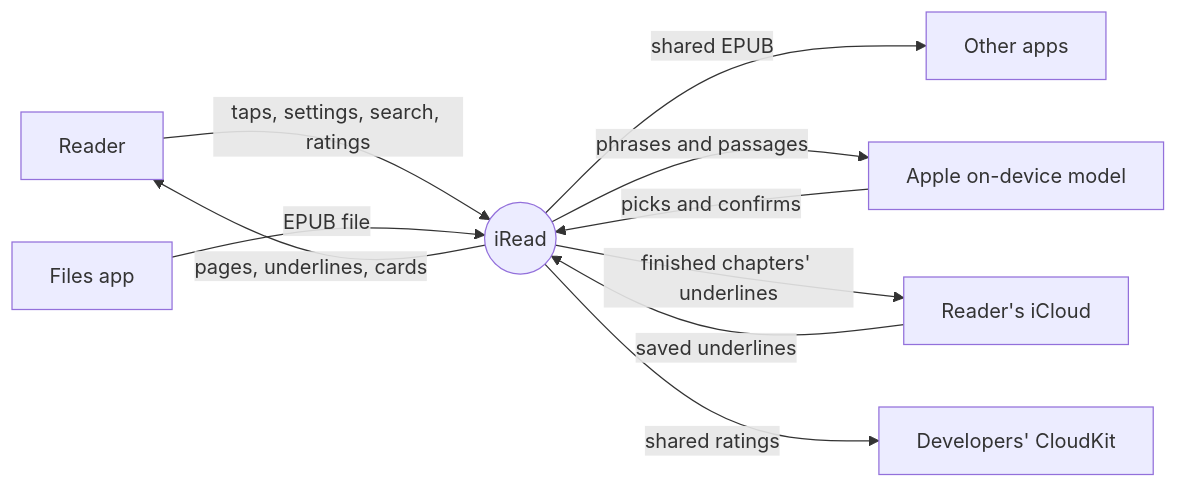
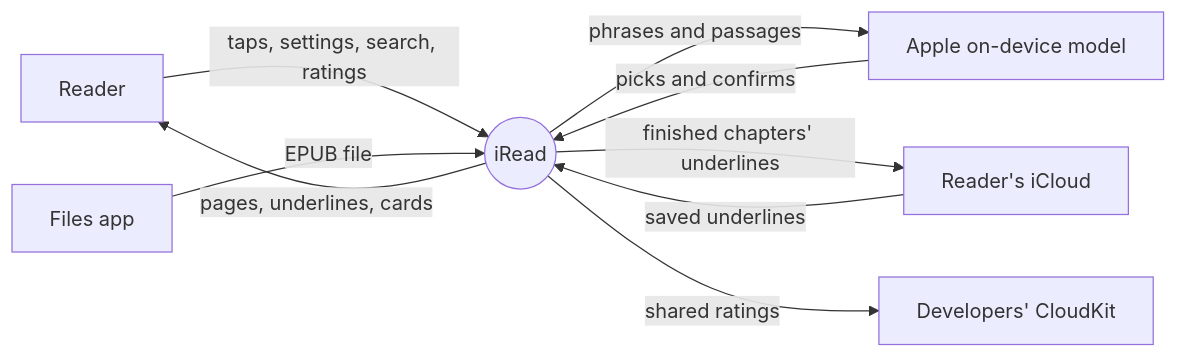
One commit to AftrHours/iRead changed the diagram in docs/diagrams/06-dfd-level-0.mmd. Above: the diagram before and after it, drawn with Mermaid. The commit also changed 9 other files, not shown here.

```diff
--- a/docs/diagrams/06-dfd-level-0.mmd
+++ b/docs/diagrams/06-dfd-level-0.mmd
@@ -1,18 +1,16 @@
 flowchart LR
   Reader[Reader]
   Files[Files app]
-  Share[Other apps]
   Model[Apple on-device model]
   Private[Reader's iCloud]
   Public[Developers' CloudKit]
   App((iRead))
 
   Reader -- taps, settings, search, ratings --> App
   App -- pages, underlines, cards --> Reader
   Files -- EPUB file --> App
-  App -- shared EPUB --> Share
   App -- phrases and passages --> Model
   Model -- picks and confirms --> App
   App -- finished chapters' underlines --> Private
   Private -- saved underlines --> App
   App -- shared ratings --> Public
```
